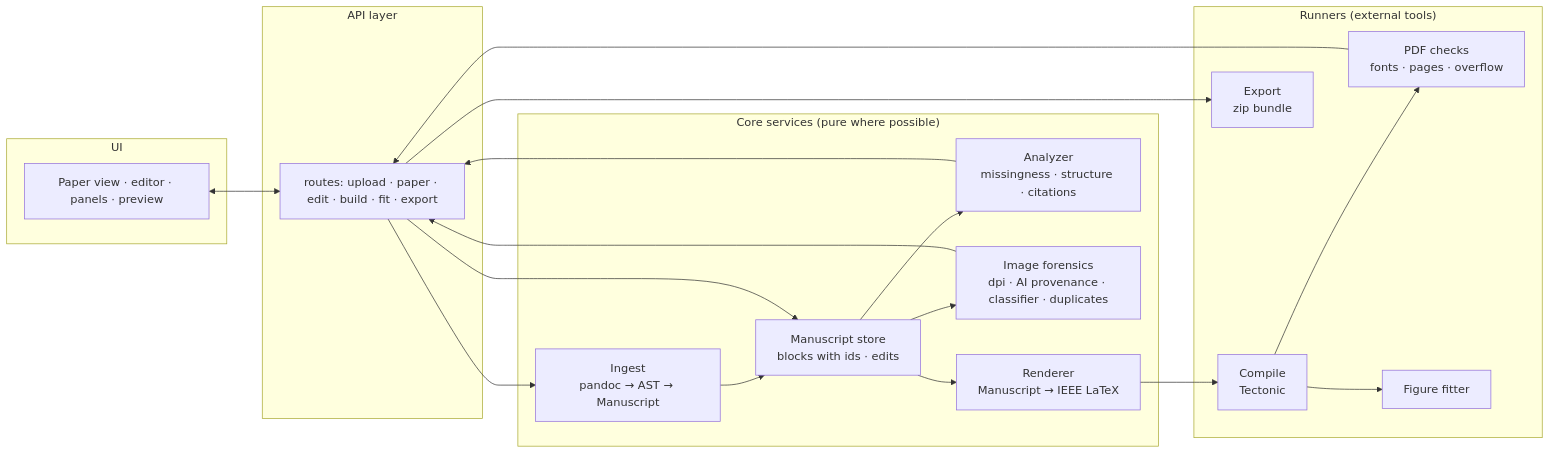
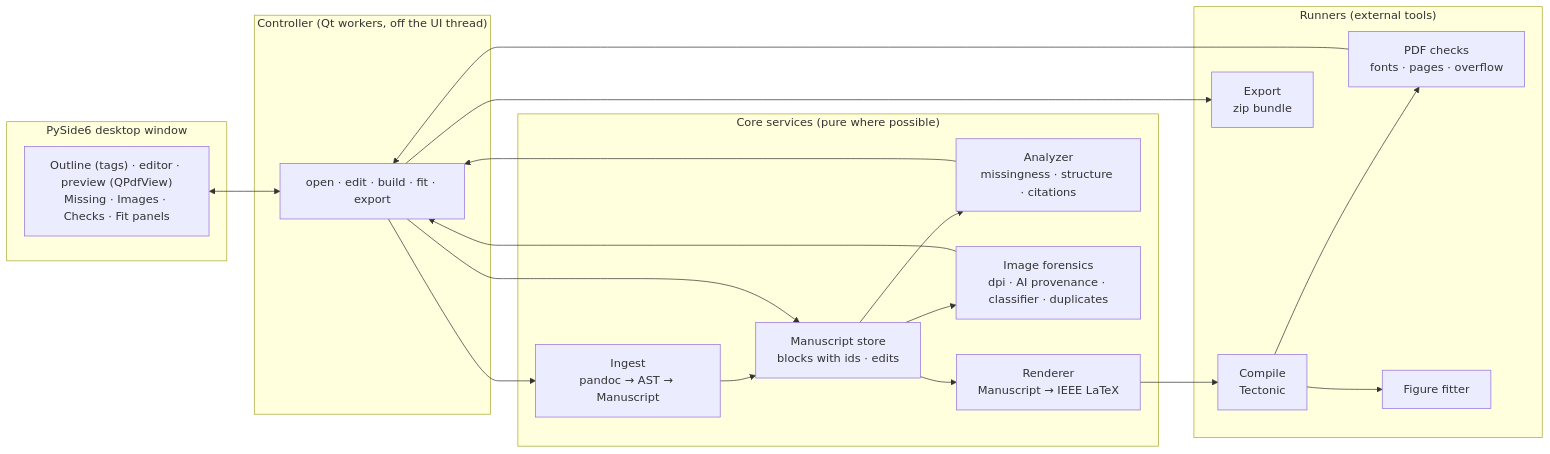
Before and after one commit to Krushna-007/prarup: the second of 3 diagrams in docs/16-redesign.md, drawn with Mermaid. The commit also changed other lines of this file and 17 other files, not shown here.

````diff
--- a/docs/16-redesign.md
+++ b/docs/16-redesign.md
@@ -122,37 +126,37 @@
 ```mermaid
 flowchart LR
-    subgraph UI["UI"]
-        W["Paper view · editor · panels · preview"]
+    subgraph UI["PySide6 desktop window"]
+        W["Outline (tags) · editor · preview (QPdfView)<br/>Missing · Images · Checks · Fit panels"]
     end
 
-    subgraph API["API layer"]
-        R["routes: upload · paper · edit · build · fit · export"]
+    subgraph API["Controller (Qt workers, off the UI thread)"]
+        R["open · edit · build · fit · export"]
     end
 
     subgraph CORE["Core services (pure where possible)"]
         ING["Ingest<br/>pandoc → AST → Manuscript"]
         MAN["Manuscript store<br/>blocks with ids · edits"]
         ANA["Analyzer<br/>missingness · structure · citations"]
         IMG["Image forensics<br/>dpi · AI provenance · classifier · duplicates"]
         REN["Renderer<br/>Manuscript → IEEE LaTeX"]
     end
 
     subgraph RUN["Runners (external tools)"]
         CMP["Compile<br/>Tectonic"]
         CHK["PDF checks<br/>fonts · pages · overflow"]
         FIT["Figure fitter"]
         EXP["Export<br/>zip bundle"]
     end
 
     W <--> R
     R --> ING --> MAN
     R --> MAN
     MAN --> ANA
     MAN --> IMG
     MAN --> REN --> CMP --> CHK
     CMP --> FIT
     R --> EXP
     ANA --> R
     IMG --> R
     CHK --> R
 ```
````
